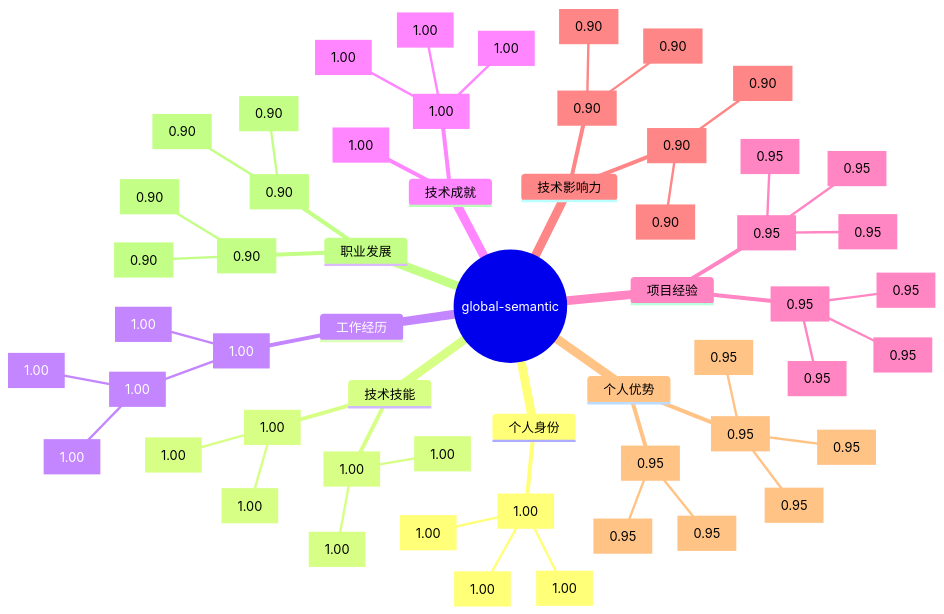
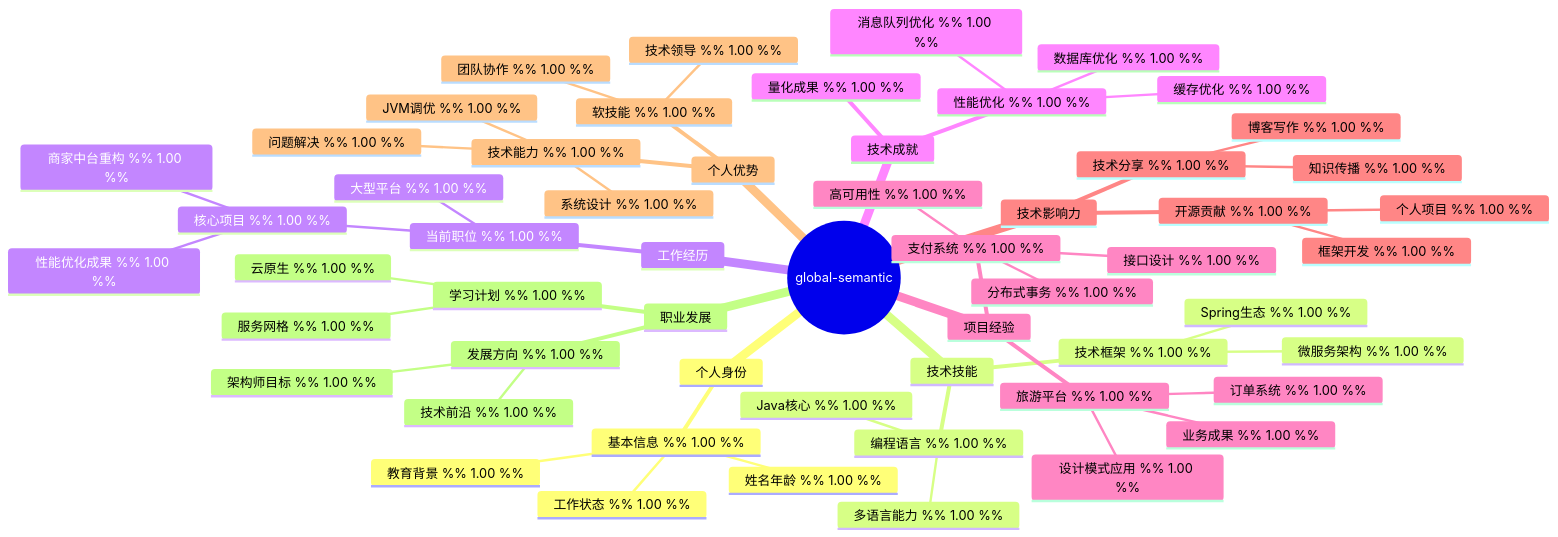
Before and after one commit to Zeeeepa/PromptX: the diagram in test-act.md, drawn with Mermaid. The commit also changed other lines of this file and 2 other files, not shown here.

Commit message:
chore: 删除Cognition模块的演示PPT和脚本文件，清理不再需要的内容，以简化项目结构和维护。此变更有助于提高代码库的整洁性和可读性。

````diff
--- a/test-act.md
+++ b/test-act.md
@@ -18,59 +18,59 @@
 ```mermaid
 mindmap
   ((global-semantic))
     个人身份
-      基本信息 [1.00]
-        姓名年龄 [1.00]
-        教育背景 [1.00]
-        工作状态 [1.00]
+      基本信息 %% 1.00 %%
+        姓名年龄 %% 1.00 %%
+        教育背景 %% 1.00 %%
+        工作状态 %% 1.00 %%
     技术技能
-      编程语言 [1.00]
-        Java核心 [1.00]
-        多语言能力 [1.00]
-      技术框架 [1.00]
-        Spring生态 [1.00]
-        微服务架构 [1.00]
+      编程语言 %% 1.00 %%
+        Java核心 %% 1.00 %%
+        多语言能力 %% 1.00 %%
+      技术框架 %% 1.00 %%
+        Spring生态 %% 1.00 %%
+        微服务架构 %% 1.00 %%
     工作经历
-      当前职位 [1.00]
-        大型平台 [1.00]
-        核心项目 [1.00]
-          商家中台重构 [1.00]
-          性能优化成果 [1.00]
+      当前职位 %% 1.00 %%
+        大型平台 %% 1.00 %%
+        核心项目 %% 1.00 %%
+          商家中台重构 %% 1.00 %%
+          性能优化成果 %% 1.00 %%
     技术成就
-      性能优化 [1.00]
-        缓存优化 [1.00]
-        数据库优化 [1.00]
-        消息队列优化 [1.00]
-      量化成果 [1.00]
+      性能优化 %% 1.00 %%
+        缓存优化 %% 1.00 %%
+        数据库优化 %% 1.00 %%
+        消息队列优化 %% 1.00 %%
+      量化成果 %% 1.00 %%
     项目经验
-      旅游平台 [0.95]
-        订单系统 [0.95]
-        设计模式应用 [0.95]
-        业务成果 [0.95]
-      支付系统 [0.95]
-        接口设计 [0.95]
-        分布式事务 [0.95]
-        高可用性 [0.95]
+      旅游平台 %% 1.00 %%
+        订单系统 %% 1.00 %%
+        设计模式应用 %% 1.00 %%
+        业务成果 %% 1.00 %%
+      支付系统 %% 1.00 %%
+        接口设计 %% 1.00 %%
+        分布式事务 %% 1.00 %%
+        高可用性 %% 1.00 %%
     技术影响力
-      开源贡献 [0.90]
-        框架开发 [0.90]
-        个人项目 [0.90]
-      技术分享 [0.90]
-        博客写作 [0.90]
-        知识传播 [0.90]
+      开源贡献 %% 1.00 %%
+        框架开发 %% 1.00 %%
+        个人项目 %% 1.00 %%
+      技术分享 %% 1.00 %%
+        博客写作 %% 1.00 %%
+        知识传播 %% 1.00 %%
     个人优势
-      技术能力 [0.95]
-        系统设计 [0.95]
-        JVM调优 [0.95]
-        问题解决 [0.95]
-      软技能 [0.95]
-        团队协作 [0.95]
-        技术领导 [0.95]
+      技术能力 %% 1.00 %%
+        系统设计 %% 1.00 %%
+        JVM调优 %% 1.00 %%
+        问题解决 %% 1.00 %%
+      软技能 %% 1.00 %%
+        团队协作 %% 1.00 %%
+        技术领导 %% 1.00 %%
     职业发展
-      发展方向 [0.90]
-        架构师目标 [0.90]
-        技术前沿 [0.90]
-      学习计划 [0.90]
-        云原生 [0.90]
-        服务网格 [0.90]
+      发展方向 %% 1.00 %%
+        架构师目标 %% 1.00 %%
+        技术前沿 %% 1.00 %%
+      学习计划 %% 1.00 %%
+        云原生 %% 1.00 %%
+        服务网格 %% 1.00 %%
 ```
````
